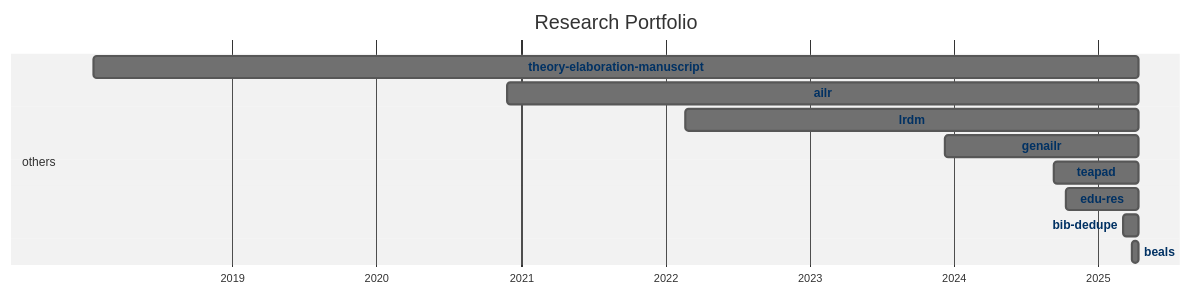
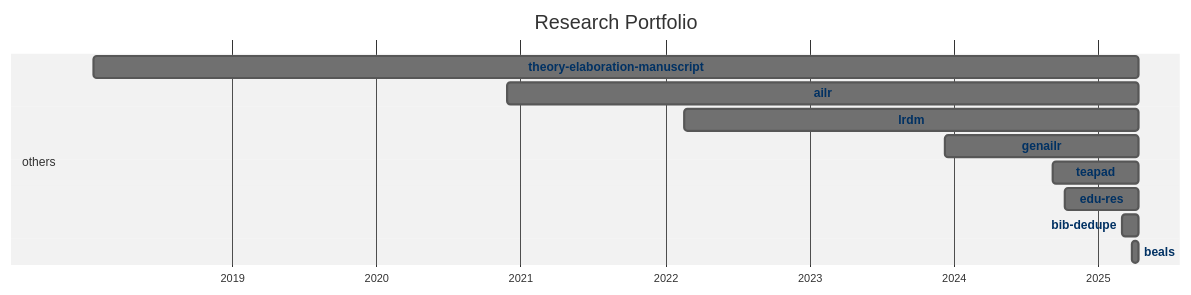
Before and after one commit to digital-work-lab/handbook: the diagram in docs/20-research/25-projects-gantt.md, drawn with Mermaid (neutral theme).

Commit message:
Update repository overview

````diff
--- a/docs/20-research/25-projects-gantt.md
+++ b/docs/20-research/25-projects-gantt.md
@@ -8,35 +8,35 @@
 ```mermaid
 ---
 displayMode: compact
 ---
 gantt
 title Research Portfolio
 dateFormat YYYY-MM-DD
 axisFormat %Y
 
     section work_practices
 
     section distributed_organizing
 
     section knowledge_synthesis
 
     section others
-        beals :beals, 2025-03-28, 2025-04-13
-        bib-dedupe :bib-dedupe, 2025-03-04, 2025-04-13
-        edu-res :edu-res, 2024-10-10, 2025-04-13
-        teapad :teapad, 2024-09-10, 2025-04-13
-        genailr :genailr, 2023-12-10, 2025-04-13
-        lrdm :lrdm, 2022-02-20, 2025-04-13
-        ailr :ailr, 2020-11-26, 2025-04-13
-        theory-elaboration-manuscript :theory-elaboration-manuscript, 2018-01-15, 2025-04-13
+        beals :beals, 2025-03-28, 2025-04-14
+        bib-dedupe :bib-dedupe, 2025-03-04, 2025-04-14
+        edu-res :edu-res, 2024-10-10, 2025-04-14
+        teapad :teapad, 2024-09-10, 2025-04-14
+        genailr :genailr, 2023-12-10, 2025-04-14
+        lrdm :lrdm, 2022-02-20, 2025-04-14
+        ailr :ailr, 2020-11-26, 2025-04-14
+        theory-elaboration-manuscript :theory-elaboration-manuscript, 2018-01-15, 2025-04-14
 
 
     click beals href "{{ site.baseurl }}/docs/20-research/25-projects/_repos/beals"
     click bib-dedupe href "{{ site.baseurl }}/docs/20-research/25-projects/_repos/bib-dedupe"
     click edu-res href "{{ site.baseurl }}/docs/20-research/25-projects/_repos/edu-res"
     click teapad href "{{ site.baseurl }}/docs/20-research/25-projects/_repos/teapad"
     click genailr href "{{ site.baseurl }}/docs/20-research/25-projects/_repos/genailr"
     click lrdm href "{{ site.baseurl }}/docs/20-research/25-projects/_repos/lrdm"
     click ailr href "{{ site.baseurl }}/docs/20-research/25-projects/_repos/ailr"
     click theory-elaboration-manuscript href "{{ site.baseurl }}/docs/20-research/25-projects/_repos/theory-elaboration-manuscript"
 ```
````
